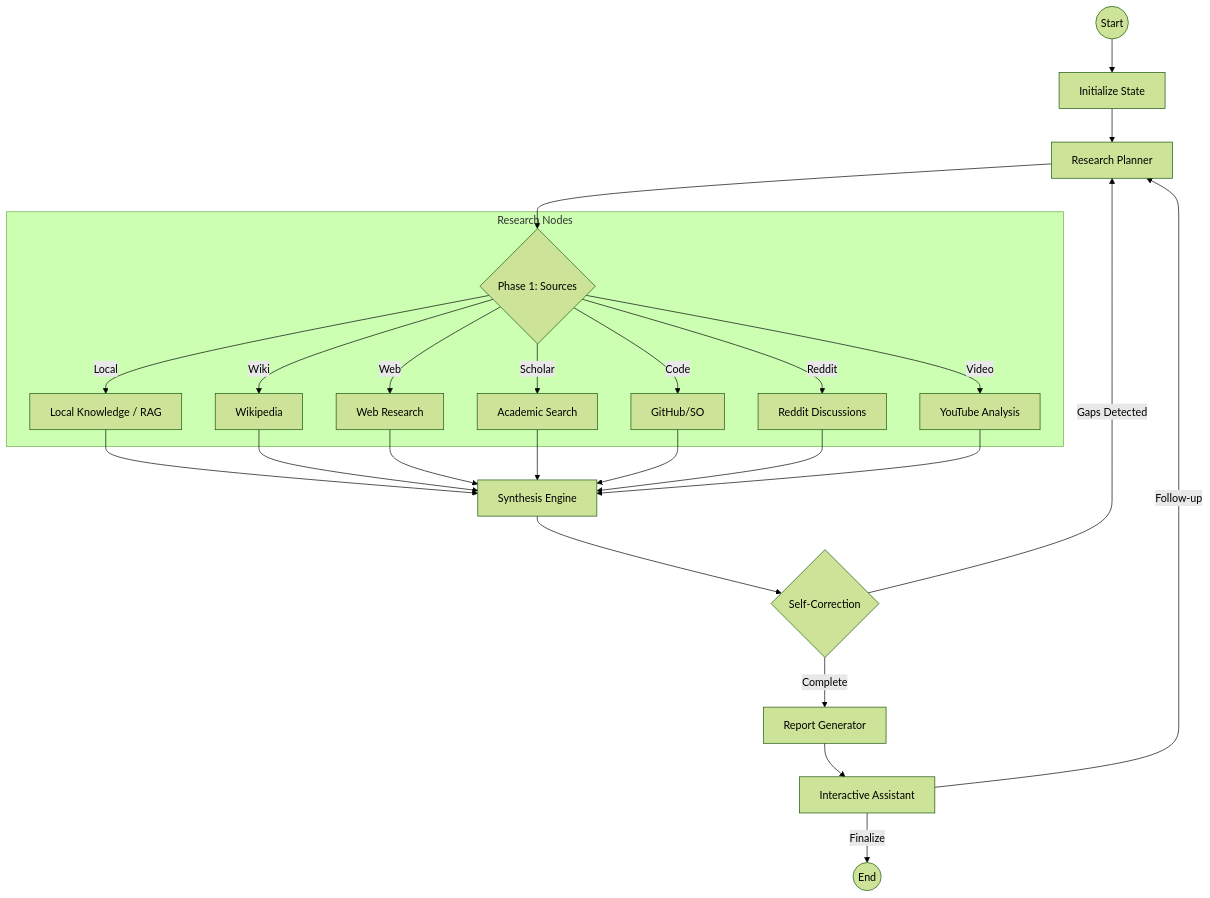
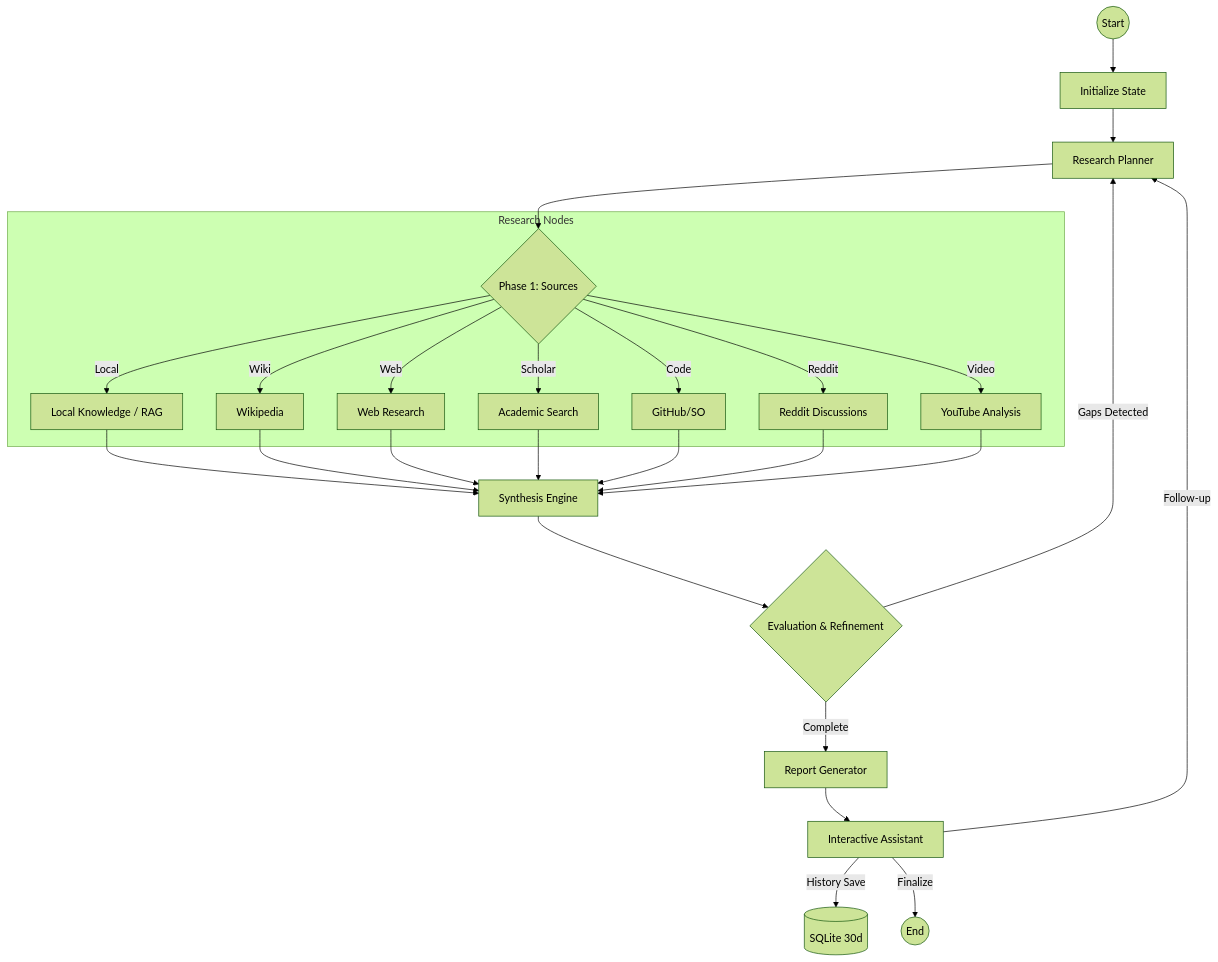
Before and after one commit to RobertoDeLaCamara/Research-Agent: the diagram in README.md, drawn with Mermaid (forest theme). The commit also changed other lines of this file and 4 other files, not shown here.

````diff
--- a/README.md
+++ b/README.md
@@ -49,26 +52,27 @@
 ```mermaid
 graph TD
     Start((Start)) --> Init[Initialize State]
     Init --> Plan[Research Planner]
     Plan --> Router{Phase 1: Sources}
     
     subgraph Research Nodes
         Router -->|Local| RAG[Local Knowledge / RAG]
         Router -->|Wiki| Wiki[Wikipedia]
         Router -->|Web| Web[Web Research]
         Router -->|Scholar| Scholar[Academic Search]
         Router -->|Code| Code[GitHub/SO]
         Router -->|Reddit| Reddit[Reddit Discussions]
         Router -->|Video| Video[YouTube Analysis]
     end
     
     RAG & Wiki & Web & Scholar & Code & Reddit & Video --> Sync[Synthesis Engine]
-    Sync --> Eval{Self-Correction}
+    Sync --> Eval{Evaluation & Refinement}
     
     Eval -->|Gaps Detected| Plan
     Eval -->|Complete| Report[Report Generator]
     
     Report --> Chat[Interactive Assistant]
     Chat -->|Follow-up| Plan
+    Chat -->|History Save| DB[(SQLite 30d)]
     Chat -->|Finalize| End((End))
 ```
````
